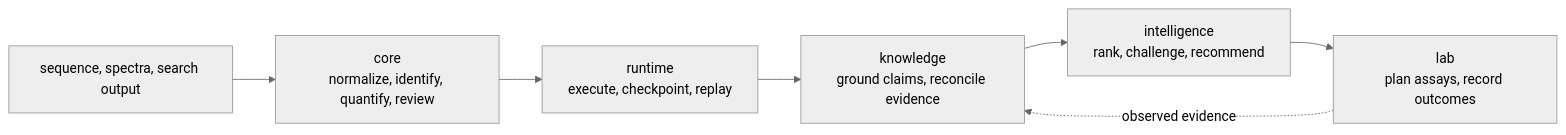
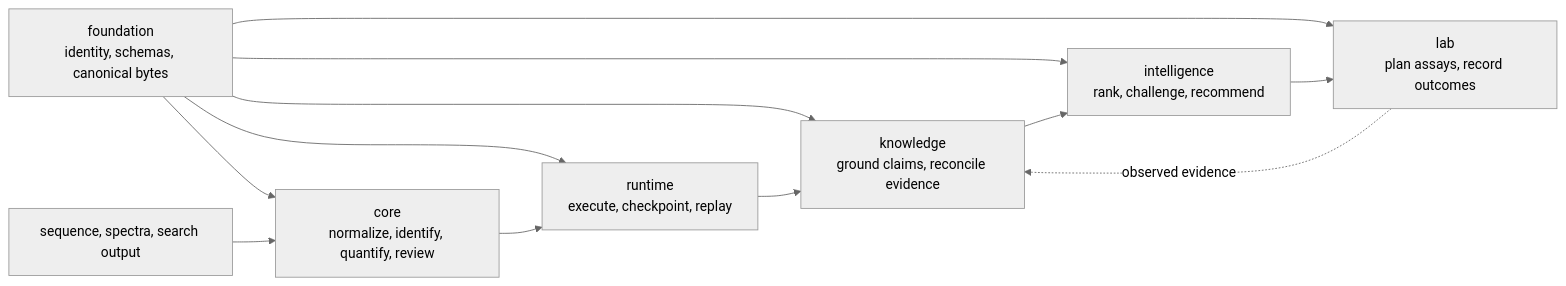
The diagram in README.md (bijux/bijux-proteomics), drawn with Mermaid (neutral theme) before and after one commit. The commit also changed other lines of this file and 1 other file, not shown here.

````diff
--- a/README.md
+++ b/README.md
@@ -130,11 +136,17 @@
 ```mermaid
 flowchart LR
+    foundation["foundation\nidentity, schemas, canonical bytes"]
     sample["sequence, spectra, search output"]
     core["core\nnormalize, identify, quantify, review"]
     runtime["runtime\nexecute, checkpoint, replay"]
     knowledge["knowledge\nground claims, reconcile evidence"]
     intelligence["intelligence\nrank, challenge, recommend"]
     lab["lab\nplan assays, record outcomes"]
+    foundation --> core
+    foundation --> runtime
+    foundation --> knowledge
+    foundation --> intelligence
+    foundation --> lab
     sample --> core --> runtime --> knowledge --> intelligence --> lab
     lab -. observed evidence .-> knowledge
 ```
````
